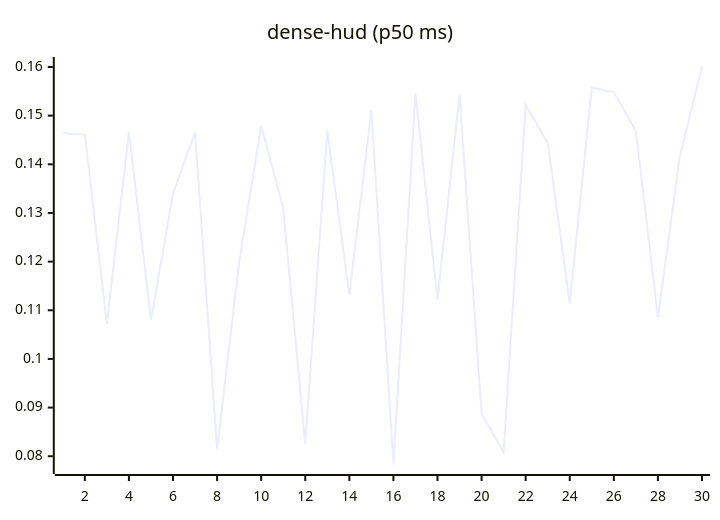
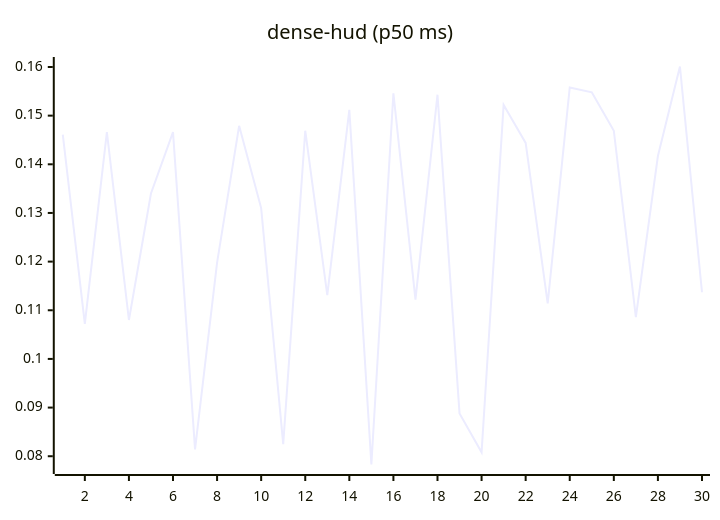
Before and after one commit to josha/Facet: the eighth of 27 diagrams in README.md, drawn with Mermaid. The commit also changed other lines of this file and 2 other files, not shown here.

````diff
--- a/README.md
+++ b/README.md
@@ -112,6 +112,6 @@
 ```mermaid
 xychart-beta
     title "dense-hud (p50 ms)"
     x-axis 1 --> 30
-    line [0.1464, 0.1461, 0.1072, 0.1466, 0.1080, 0.1340, 0.1466, 0.0814, 0.1198, 0.1479, 0.1310, 0.0825, 0.1469, 0.1131, 0.1512, 0.0783, 0.1546, 0.1122, 0.1543, 0.0888, 0.0808, 0.1522, 0.1444, 0.1114, 0.1558, 0.1548, 0.1469, 0.1086, 0.1417, 0.1601]
+    line [0.1461, 0.1072, 0.1466, 0.1080, 0.1340, 0.1466, 0.0814, 0.1198, 0.1479, 0.1310, 0.0825, 0.1469, 0.1131, 0.1512, 0.0783, 0.1546, 0.1122, 0.1543, 0.0888, 0.0808, 0.1522, 0.1444, 0.1114, 0.1558, 0.1548, 0.1469, 0.1086, 0.1417, 0.1601, 0.1137]
 ```
````
